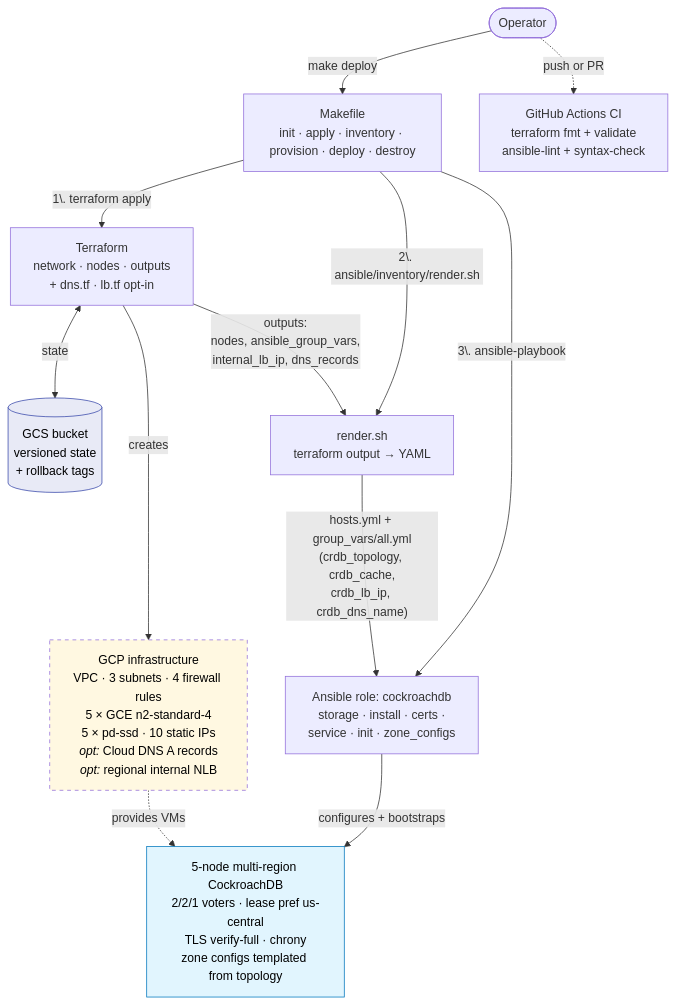
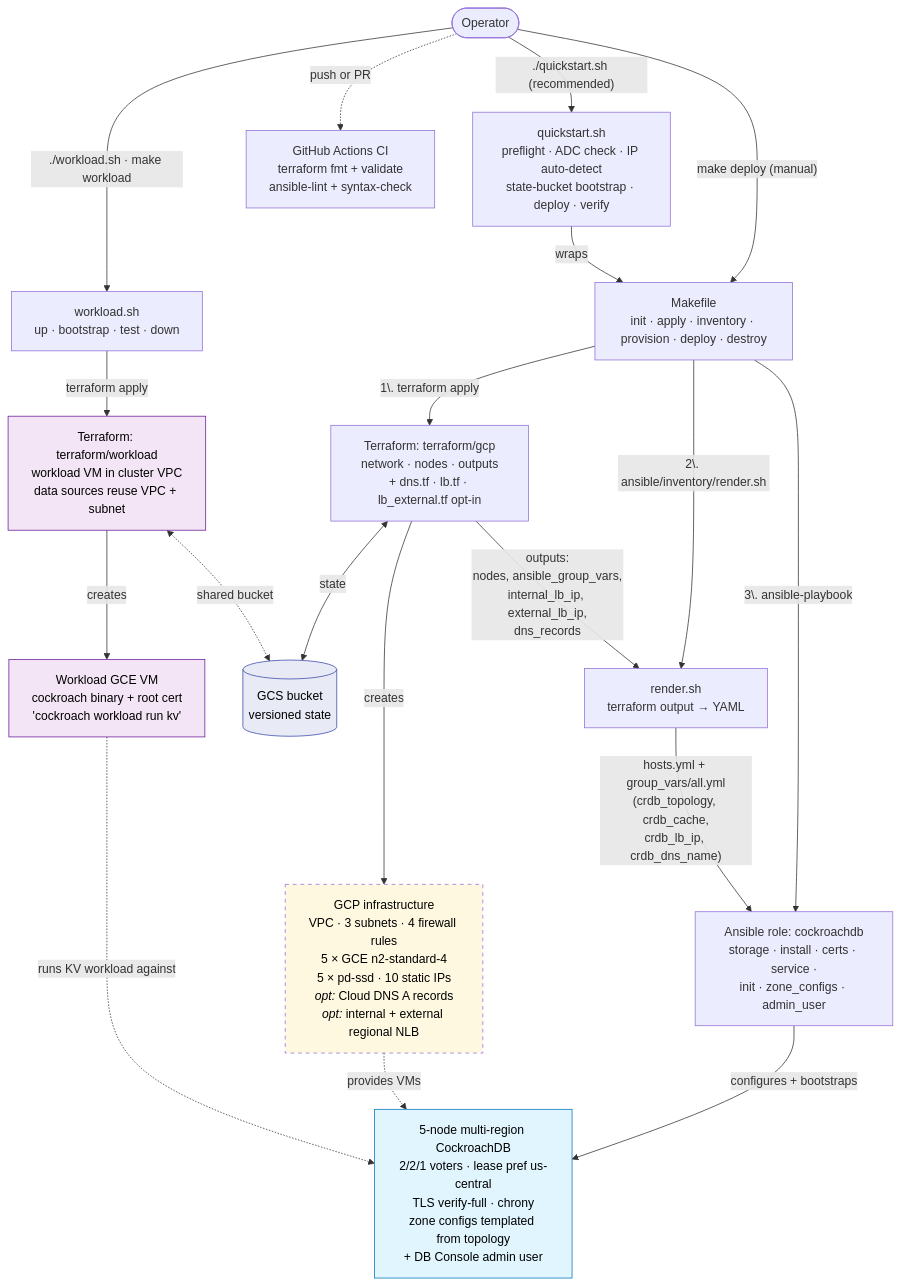
Before and after one commit to amaddahian/cockroachdb-gce-multiregion: the diagram in README.md, drawn with Mermaid. The commit also changed other lines of this file, not shown here.

Commit message:
Refresh README mermaid diagram to match current repo
The diagram had drifted since quickstart.sh, the external LB, the
admin_user task, and the workload VM stack landed. Adds those, drops
the nonexistent "rollback tags" wording, and points each Terraform
node at its actual directory.

````diff
--- a/README.md
+++ b/README.md
@@ -70,27 +70,37 @@
 ```mermaid
 flowchart TD
     classDef opt stroke-dasharray:5 5,fill:#fff8e1,color:#000
     classDef store fill:#e8eaf6,stroke:#3949ab,color:#000
     classDef cluster fill:#e1f5fe,stroke:#0277bd,color:#000
+    classDef wl fill:#f3e5f5,stroke:#6a1b9a,color:#000
 
     OP([Operator])
+    QS[quickstart.sh<br/>preflight · ADC check · IP auto-detect<br/>state-bucket bootstrap · deploy · verify]
     MK[Makefile<br/>init · apply · inventory · provision · deploy · destroy]
 
-    OP -->|"make deploy"| MK
+    OP -->|"./quickstart.sh (recommended)"| QS
+    OP -->|"make deploy (manual)"| MK
+    QS -->|wraps| MK
 
-    MK -->|"1\. terraform apply"| TF[Terraform<br/>network · nodes · outputs<br/>+ dns.tf · lb.tf opt-in]
+    MK -->|"1\. terraform apply"| TF[Terraform: terraform/gcp<br/>network · nodes · outputs<br/>+ dns.tf · lb.tf · lb_external.tf opt-in]
     MK -->|"2\. ansible/inventory/render.sh"| BR[render.sh<br/>terraform output → YAML]
-    MK -->|"3\. ansible-playbook"| ANS[Ansible role: cockroachdb<br/>storage · install · certs ·<br/>service · init · zone_configs]
+    MK -->|"3\. ansible-playbook"| ANS[Ansible role: cockroachdb<br/>storage · install · certs · service ·<br/>init · zone_configs · admin_user]
 
-    TF <-->|state| GCS[("GCS bucket<br/>versioned state<br/>+ rollback tags")]:::store
+    TF <-->|state| GCS[("GCS bucket<br/>versioned state")]:::store
 
-    TF -->|creates| GCP[GCP infrastructure<br/>VPC · 3 subnets · 4 firewall rules<br/>5 × GCE n2-standard-4<br/>5 × pd-ssd · 10 static IPs<br/><i>opt:</i> Cloud DNS A records<br/><i>opt:</i> regional internal NLB]:::opt
+    TF -->|creates| GCP[GCP infrastructure<br/>VPC · 3 subnets · 4 firewall rules<br/>5 × GCE n2-standard-4<br/>5 × pd-ssd · 10 static IPs<br/><i>opt:</i> Cloud DNS A records<br/><i>opt:</i> internal + external regional NLB]:::opt
 
-    TF -->|"outputs:<br/>nodes, ansible_group_vars,<br/>internal_lb_ip, dns_records"| BR
+    TF -->|"outputs:<br/>nodes, ansible_group_vars,<br/>internal_lb_ip, external_lb_ip,<br/>dns_records"| BR
     BR -->|"hosts.yml + group_vars/all.yml<br/>(crdb_topology, crdb_cache,<br/>crdb_lb_ip, crdb_dns_name)"| ANS
 
-    ANS -->|configures + bootstraps| CLUSTER[5-node multi-region CockroachDB<br/>2/2/1 voters · lease pref us-central<br/>TLS verify-full · chrony<br/>zone configs templated from topology]:::cluster
+    ANS -->|configures + bootstraps| CLUSTER[5-node multi-region CockroachDB<br/>2/2/1 voters · lease pref us-central<br/>TLS verify-full · chrony<br/>zone configs templated from topology<br/>+ DB Console admin user]:::cluster
     GCP -.provides VMs.-> CLUSTER
 
     OP -.push or PR.-> CI[GitHub Actions CI<br/>terraform fmt + validate<br/>ansible-lint + syntax-check]
+
+    OP -->|"./workload.sh · make workload"| WL[workload.sh<br/>up · bootstrap · test · down]
+    WL -->|terraform apply| WLTF[Terraform: terraform/workload<br/>workload VM in cluster VPC<br/>data sources reuse VPC + subnet]:::wl
+    WLTF -->|creates| WLVM[Workload GCE VM<br/>cockroach binary + root cert<br/>'cockroach workload run kv']:::wl
+    WLVM -.runs KV workload against.-> CLUSTER
+    WLTF <-.shared bucket.-> GCS
 ```
````
